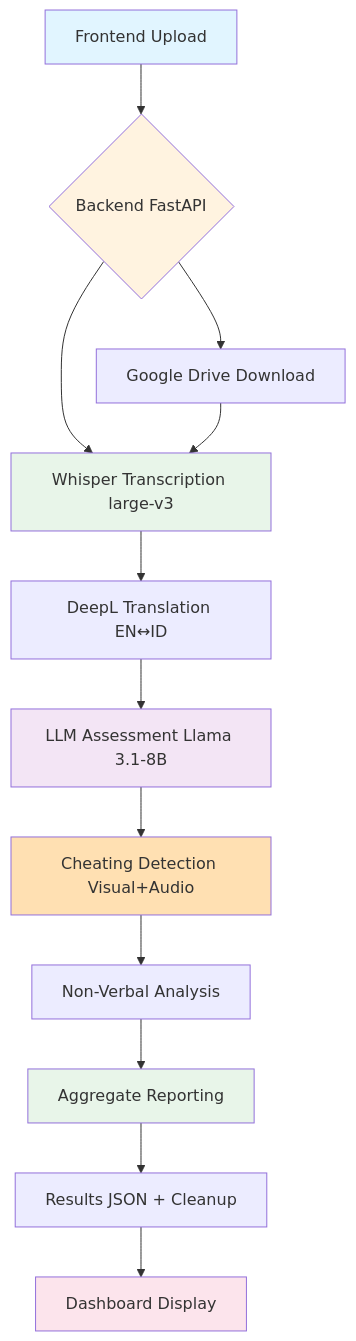
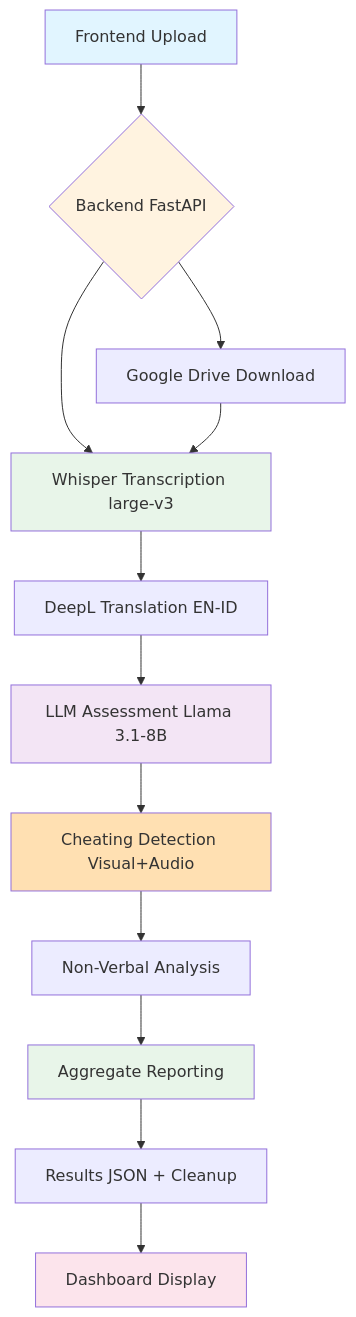
The diagram in mkdocs/docs/index.md (dapakyuu/Interview_Assesment_System), drawn with Mermaid before and after one commit. The commit also changed 7 other files, not shown here.

````diff
--- a/mkdocs/docs/index.md
+++ b/mkdocs/docs/index.md
@@ -145,23 +145,23 @@
 ```mermaid
 graph TD
-    A[Frontend Upload] --> B{Backend FastAPI}
-    B --> C[Google Drive Download]
-    B --> D[Whisper Transcription large-v3]
-    D --> E[DeepL Translation EN↔ID]
-    E --> F[LLM Assessment Llama 3.1-8B]
-    F --> G[Cheating Detection Visual+Audio]
-    G --> H[Non-Verbal Analysis]
-    H --> I[Aggregate Reporting]
-    I --> J[Results JSON + Cleanup]
-    J --> K[Dashboard Display]
+    A["Frontend Upload"] --> B{"Backend FastAPI"}
+    B --> C["Google Drive Download"]
+    B --> D["Whisper Transcription large-v3"]
+    D --> E["DeepL Translation EN-ID"]
+    E --> F["LLM Assessment Llama 3.1-8B"]
+    F --> G["Cheating Detection Visual+Audio"]
+    G --> H["Non-Verbal Analysis"]
+    H --> I["Aggregate Reporting"]
+    I --> J["Results JSON + Cleanup"]
+    J --> K["Dashboard Display"]
 
     C --> D
 
     style A fill:#e1f5ff
     style B fill:#fff3e0
     style D fill:#e8f5e9
     style F fill:#f3e5f5
     style G fill:#ffe0b2
     style I fill:#e8f5e9
     style K fill:#fce4ec
 ```
````
